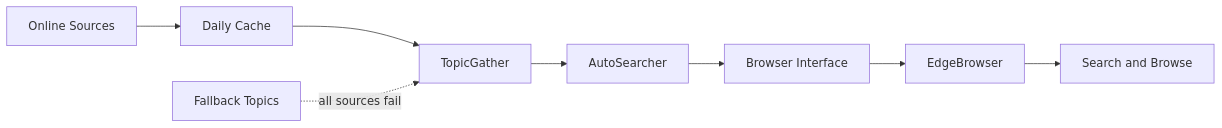
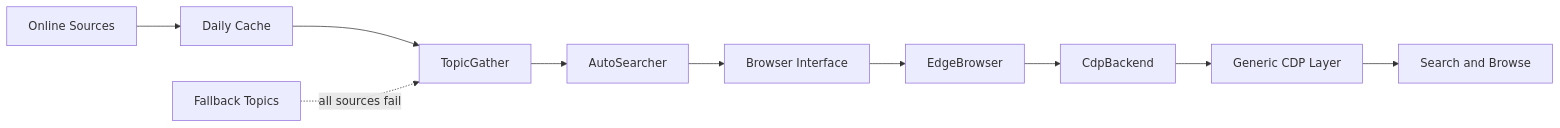
Before and after one commit to Ammmob/AutoSearcher: the diagram in README.md, drawn with Mermaid. The commit also changed other lines of this file and 9 other files, not shown here.

Commit message:
refactor: keep CDP layer browser independent

````diff
--- a/README.md
+++ b/README.md
@@ -48,10 +48,12 @@
 ```mermaid
 flowchart LR
     Sources[Online Sources] --> Cache[Daily Cache]
     Cache --> Gather[TopicGather]
     Fallback[Fallback Topics] -. all sources fail .-> Gather
     Gather --> Runner[AutoSearcher]
     Runner --> Browser[Browser Interface]
     Browser --> Edge[EdgeBrowser]
-    Edge --> Search[Search and Browse]
+    Edge --> Backend[CdpBackend]
+    Backend --> CDP[Generic CDP Layer]
+    CDP --> Search[Search and Browse]
 ```
````
